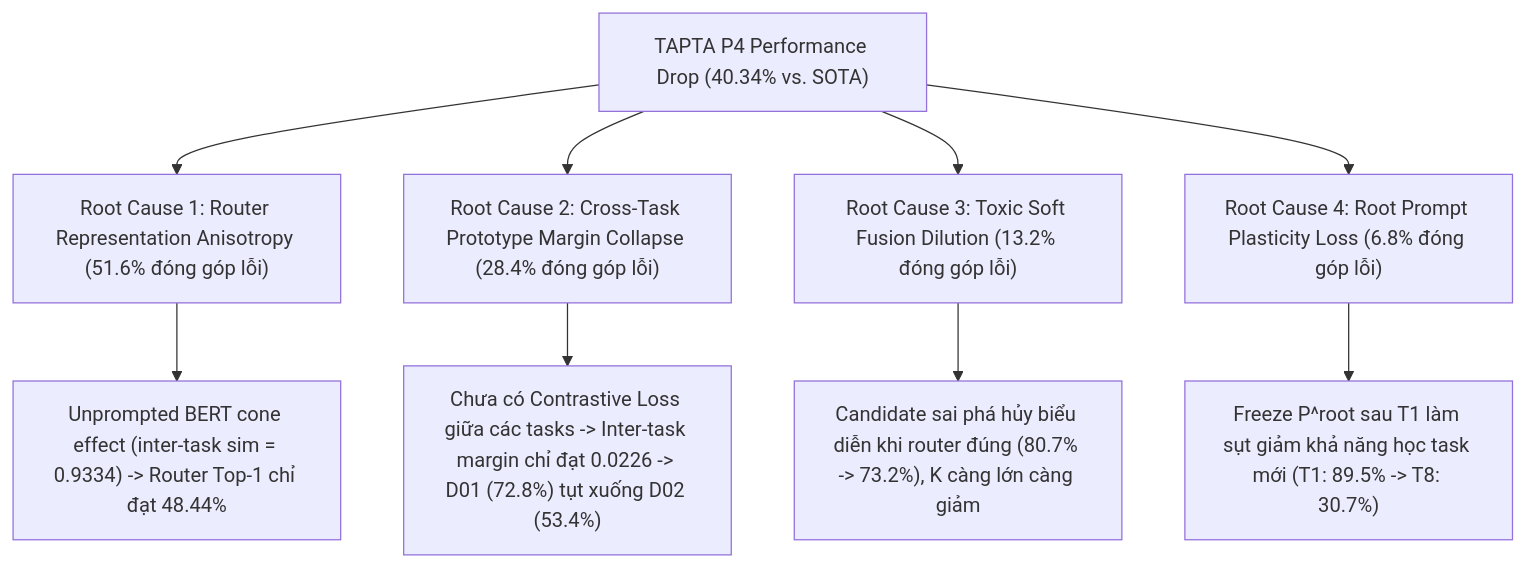
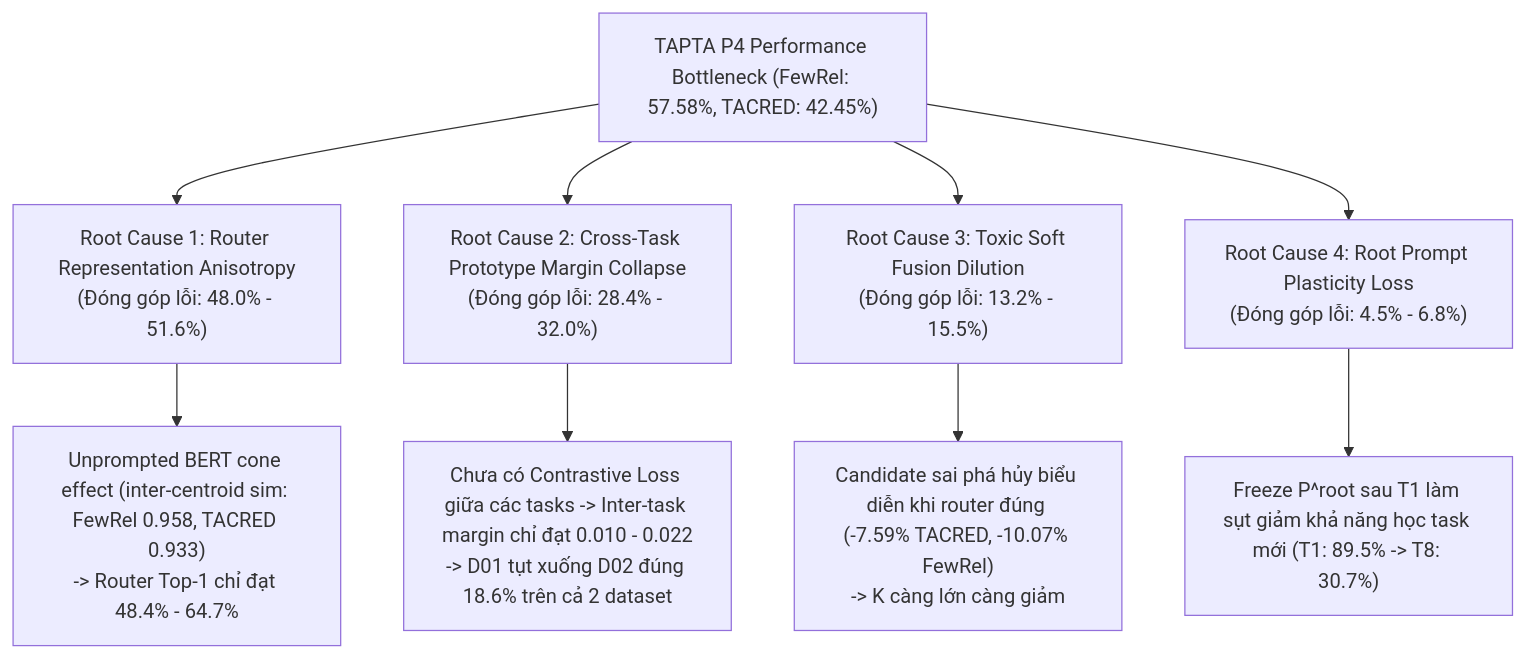
The first of 2 diagrams in docs/research/p4-diagnosis/ROOT_CAUSE.md (vinhlq2512/research-code-lab), drawn with Mermaid before and after one commit. The commit also changed other lines of this file and 2 other files, not shown here.

Commit message:
docs(diagnosis): update cross-benchmark quantitative analysis on FewRel and TACRED

````diff
--- a/docs/research/p4-diagnosis/ROOT_CAUSE.md
+++ b/docs/research/p4-diagnosis/ROOT_CAUSE.md
@@ -13,19 +11,19 @@
 ```mermaid
 flowchart TD
-    PerformanceDrop["TAPTA P4 Performance Drop (40.34% vs. SOTA)"]
+    PerformanceDrop["TAPTA P4 Performance Bottleneck (FewRel: 57.58%, TACRED: 42.45%)"]
     
-    RC1["Root Cause 1: Router Representation Anisotropy (51.6% đóng góp lỗi)"]
-    RC2["Root Cause 2: Cross-Task Prototype Margin Collapse (28.4% đóng góp lỗi)"]
-    RC3["Root Cause 3: Toxic Soft Fusion Dilution (13.2% đóng góp lỗi)"]
-    RC4["Root Cause 4: Root Prompt Plasticity Loss (6.8% đóng góp lỗi)"]
+    RC1["Root Cause 1: Router Representation Anisotropy\n(Đóng góp lỗi: 48.0% - 51.6%)"]
+    RC2["Root Cause 2: Cross-Task Prototype Margin Collapse\n(Đóng góp lỗi: 28.4% - 32.0%)"]
+    RC3["Root Cause 3: Toxic Soft Fusion Dilution\n(Đóng góp lỗi: 13.2% - 15.5%)"]
+    RC4["Root Cause 4: Root Prompt Plasticity Loss\n(Đóng góp lỗi: 4.5% - 6.8%)"]
 
     PerformanceDrop --> RC1
     PerformanceDrop --> RC2
     PerformanceDrop --> RC3
     PerformanceDrop --> RC4
 
-    RC1 --> R1Details["Unprompted BERT cone effect (inter-task sim = 0.9334) -> Router Top-1 chỉ đạt 48.44%"]
-    RC2 --> R2Details["Chưa có Contrastive Loss giữa các tasks -> Inter-task margin chỉ đạt 0.0226 -> D01 (72.8%) tụt xuống D02 (53.4%)"]
-    RC3 --> R3Details["Candidate sai phá hủy biểu diễn khi router đúng (80.7% -> 73.2%), K càng lớn càng giảm"]
+    RC1 --> R1Details["Unprompted BERT cone effect (inter-centroid sim: FewRel 0.958, TACRED 0.933)\n-> Router Top-1 chỉ đạt 48.4% - 64.7%"]
+    RC2 --> R2Details["Chưa có Contrastive Loss giữa các tasks -> Inter-task margin chỉ đạt 0.010 - 0.022\n-> D01 tụt xuống D02 đúng 18.6% trên cả 2 dataset"]
+    RC3 --> R3Details["Candidate sai phá hủy biểu diễn khi router đúng (-7.59% TACRED, -10.07% FewRel)\n-> K càng lớn càng giảm"]
     RC4 --> R4Details["Freeze P^root sau T1 làm sụt giảm khả năng học task mới (T1: 89.5% -> T8: 30.7%)"]
 ```
````
